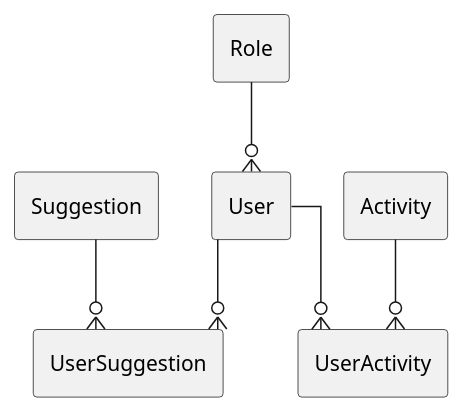
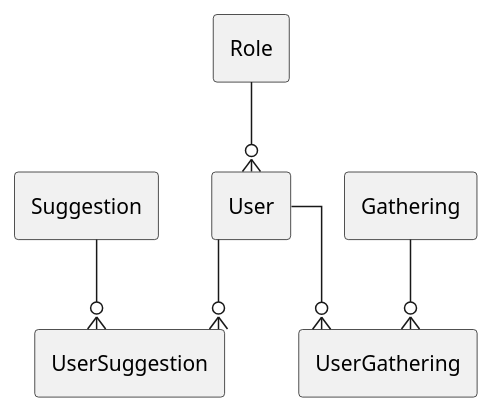
The diagram in uml/erd.puml (SlagterJ/VictuzWeb), drawn with PlantUML before and after one commit.

Commit message:
change erd activity to gathering (new name)

```diff
--- a/uml/erd.puml
+++ b/uml/erd.puml
@@ -1,22 +1,22 @@
 @startuml
 hide empty members
 hide circle
 
 skinparam Padding 8
 skinparam Linetype ortho
 
 class User {}
 class Role{}
 class Suggestion{}
-class Activity{}
+class Gathering{}
 class UserSuggestion{}
-class UserActivity{}
+class UserGathering{}
 
 Role --o{ User
-User --o{ UserActivity
-Activity --o{ UserActivity
+User --o{ UserGathering
+Gathering --o{ UserGathering
 User --o{ UserSuggestion
 Suggestion --o{ UserSuggestion
 
 
 @enduml
```
